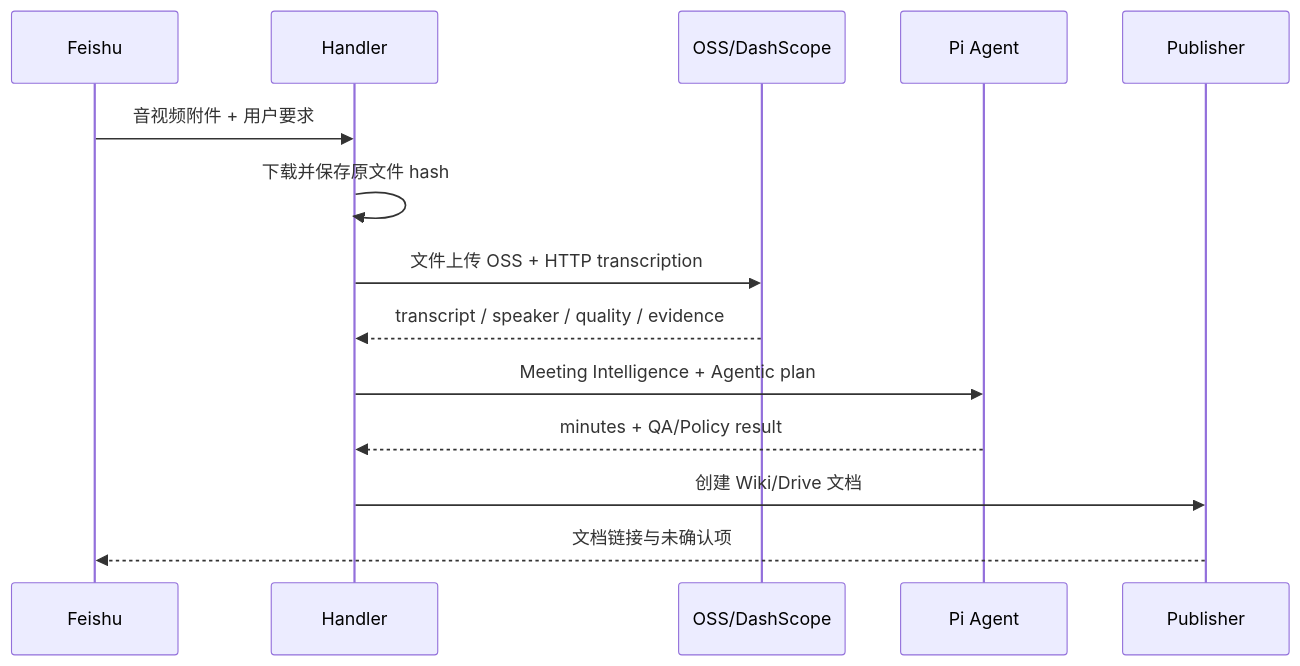
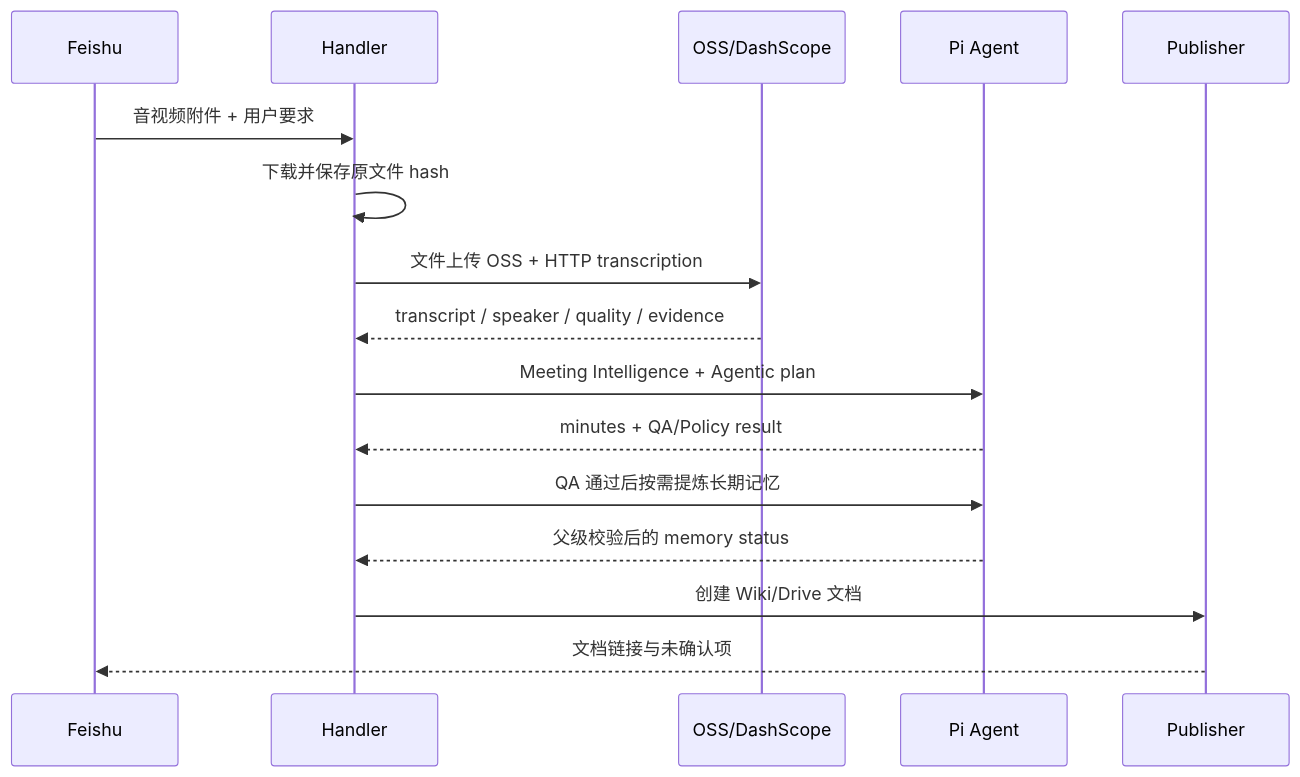
One commit to DESONGs/assignment-agent changed the second of 2 diagrams in wiki/12-feishu-agent-bidirectional-integration-plan.md. Above: the diagram before and after it, drawn with Mermaid. The commit also changed other lines of this file and 53 other files, not shown here.

````diff
--- a/wiki/12-feishu-agent-bidirectional-integration-plan.md
+++ b/wiki/12-feishu-agent-bidirectional-integration-plan.md
@@ -60,17 +62,19 @@
 ```mermaid
 sequenceDiagram
     participant F as Feishu
     participant H as Handler
     participant O as OSS/DashScope
     participant A as Pi Agent
     participant P as Publisher
 
     F->>H: 音视频附件 + 用户要求
     H->>H: 下载并保存原文件 hash
     H->>O: 文件上传 OSS + HTTP transcription
     O-->>H: transcript / speaker / quality / evidence
     H->>A: Meeting Intelligence + Agentic plan
     A-->>H: minutes + QA/Policy result
+    H->>A: QA 通过后按需提炼长期记忆
+    A-->>H: 父级校验后的 memory status
     H->>P: 创建 Wiki/Drive 文档
     P-->>F: 文档链接与未确认项
 ```
````
